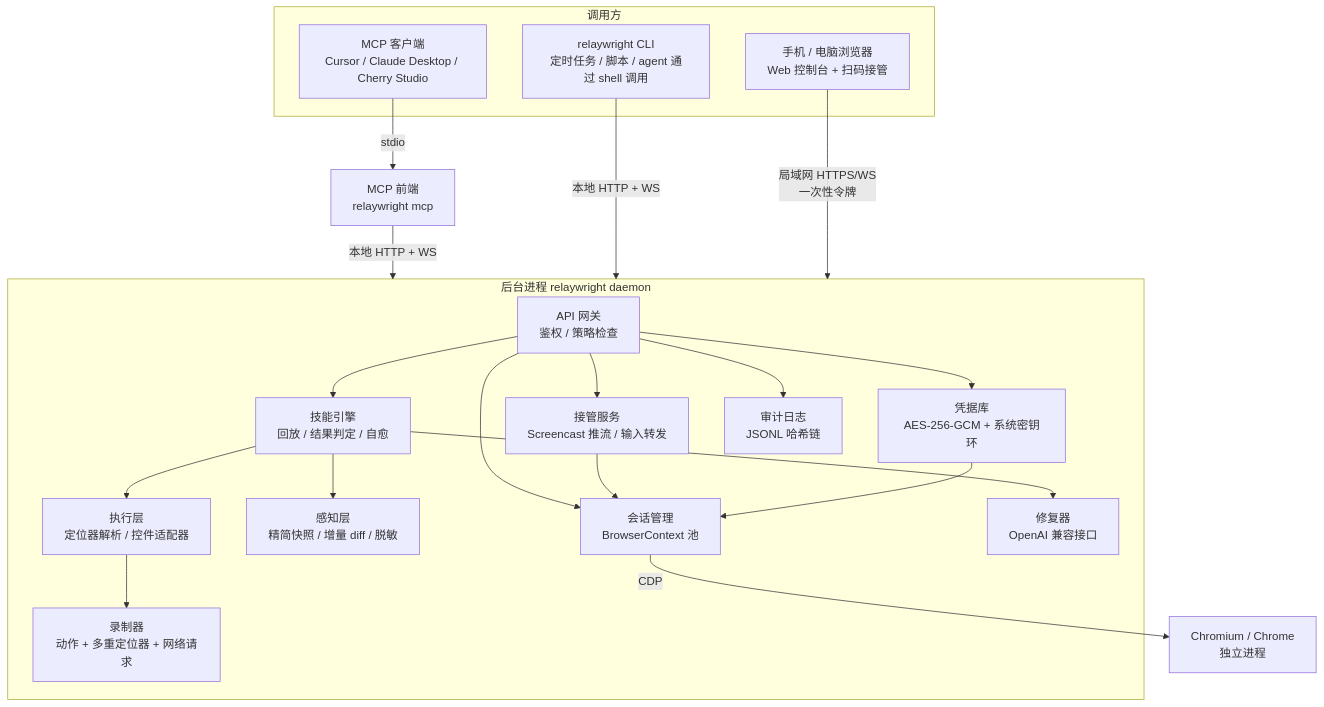
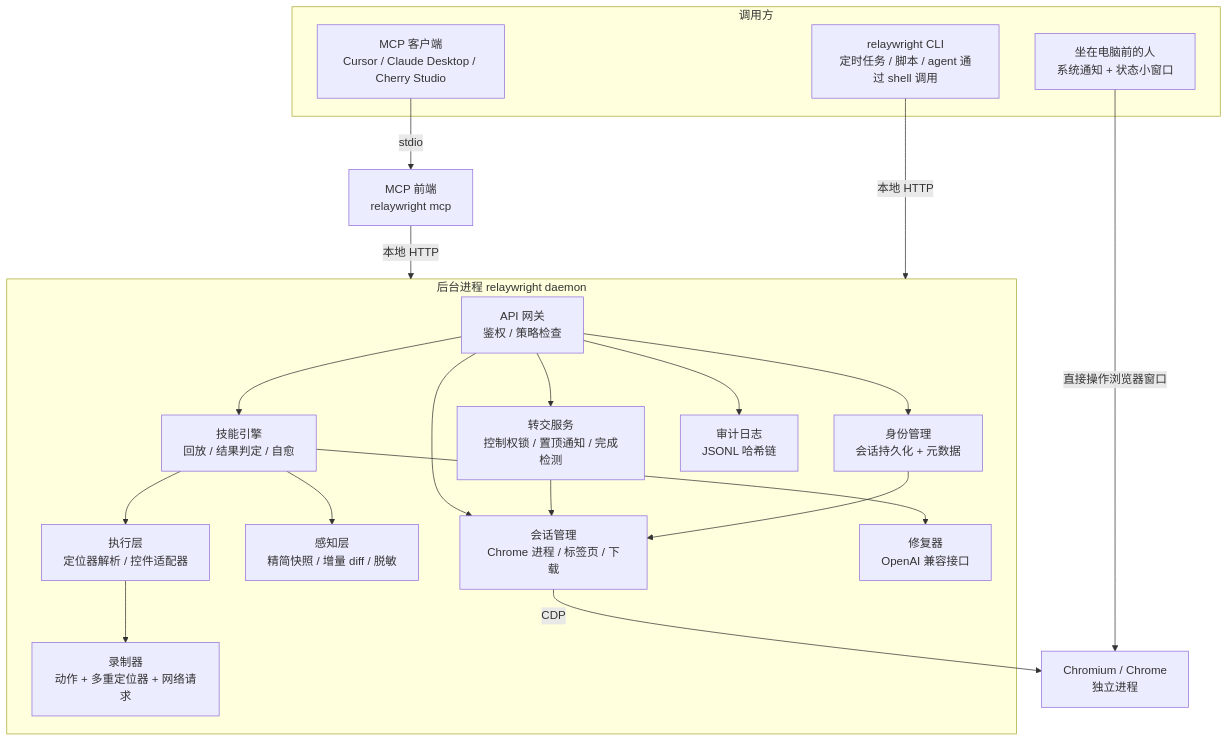
The first of 3 diagrams in docs/architecture.md (JiangnanZhang-2006/relaywright), drawn with Mermaid before and after one commit. The commit also changed other lines of this file, not shown here.

First line of the commit message:
docs: handoff on the local PC, sessions persisted by Chrome

````diff
--- a/docs/architecture.md
+++ b/docs/architecture.md
@@ -28,33 +28,33 @@
 ```mermaid
 flowchart TB
   subgraph Clients[调用方]
     MC[MCP 客户端<br/>Cursor / Claude Desktop / Cherry Studio]
     CLI[relaywright CLI<br/>定时任务 / 脚本 / agent 通过 shell 调用]
-    Phone[手机 / 电脑浏览器<br/>Web 控制台 + 扫码接管]
+    Human[坐在电脑前的人<br/>系统通知 + 状态小窗口]
   end
 
   MC -- stdio --> MCP[MCP 前端<br/>relaywright mcp]
-  MCP -- 本地 HTTP + WS --> D
-  CLI -- 本地 HTTP + WS --> D
-  Phone -- 局域网 HTTPS/WS<br/>一次性令牌 --> D
+  MCP -- 本地 HTTP --> D
+  CLI -- 本地 HTTP --> D
+  Human -- 直接操作浏览器窗口 --> CH
 
   subgraph D[后台进程 relaywright daemon]
     API[API 网关<br/>鉴权 / 策略检查]
-    SM[会话管理<br/>BrowserContext 池]
+    SM[会话管理<br/>Chrome 进程 / 标签页 / 下载]
     PER[感知层<br/>精简快照 / 增量 diff / 脱敏]
     ACT[执行层<br/>定位器解析 / 控件适配器]
     REC[录制器<br/>动作 + 多重定位器 + 网络请求]
     SK[技能引擎<br/>回放 / 结果判定 / 自愈]
-    HO[接管服务<br/>Screencast 推流 / 输入转发]
-    V[凭据库<br/>AES-256-GCM + 系统密钥环]
+    HO[转交服务<br/>控制权锁 / 置顶通知 / 完成检测]
+    V[身份管理<br/>会话持久化 + 元数据]
     AU[审计日志<br/>JSONL 哈希链]
     HEAL[修复器<br/>OpenAI 兼容接口]
   end
 
   SM -- CDP --> CH[Chromium / Chrome<br/>独立进程]
   API --> SM & SK & HO & V & AU
   SK --> ACT & PER & HEAL
   ACT --> REC
   HO --> SM
   V --> SM
 ```
````
